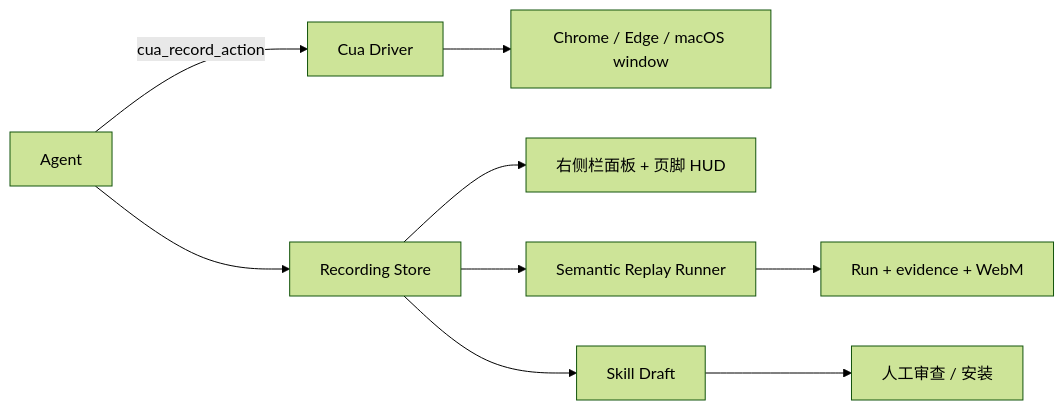
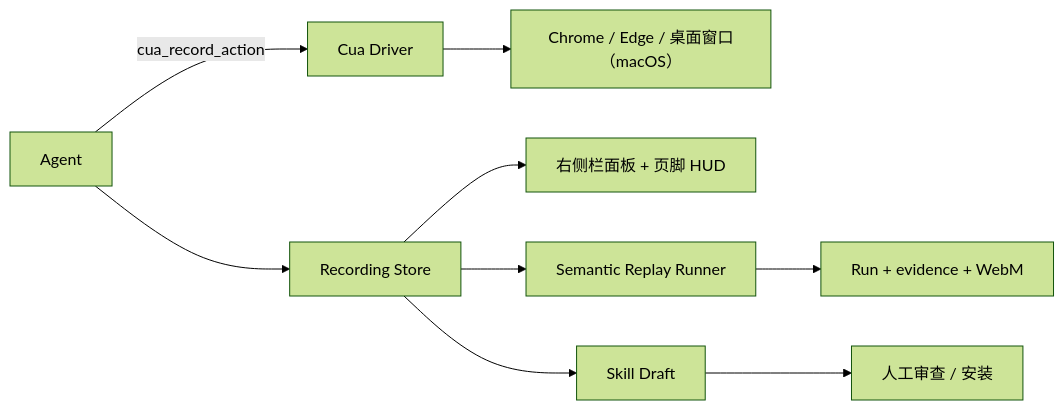
The diagram in README.md (kakaCat/dsh-record-and-replay), drawn with Mermaid (forest theme) before and after one commit. The commit also changed other lines of this file and 15 other files, not shown here.

````diff
--- a/README.md
+++ b/README.md
@@ -49,11 +49,11 @@
 ```mermaid
 flowchart LR
   A[Agent] -->|cua_record_action| B[Cua Driver]
-  B --> C[Chrome / Edge / macOS window]
+  B --> C[Chrome / Edge / 桌面窗口（macOS）]
   A --> D[Recording Store]
   D --> E[右侧栏面板 + 页脚 HUD]
   D --> F[Semantic Replay Runner]
   F --> G[Run + evidence + WebM]
   D --> H[Skill Draft]
   H --> I[人工审查 / 安装]
 ```
````
